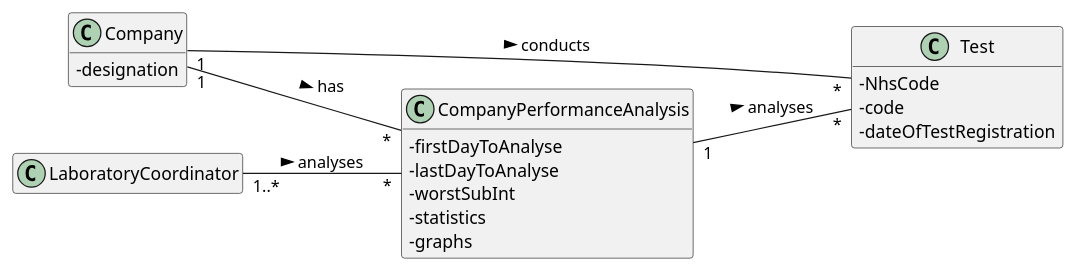
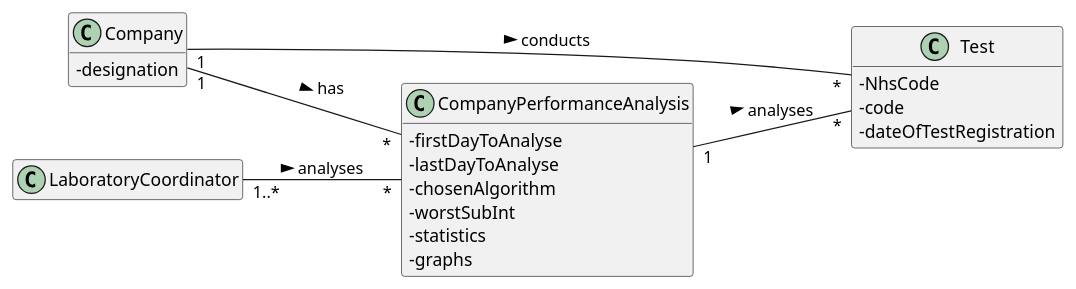
Before and after one commit to ana-albergaria/LAPR2-ISEP: the diagram in docs/SprintD/US_16/US16_DM.puml, drawn with PlantUML. The commit also changed 5 other files, not shown here.

```diff
--- a/docs/SprintD/US_16/US16_DM.puml
+++ b/docs/SprintD/US_16/US16_DM.puml
@@ -1,34 +1,35 @@
 @startuml
 
 skinparam classAttributeIconSize 0
 hide empty methods
 hide empty attributes
 left to right direction
 
 class Company{
 - designation
 }
 
 class Test{
 - NhsCode
 - code
 - dateOfTestRegistration
 }
 
 class LaboratoryCoordinator{
 }
 
 class CompanyPerformanceAnalysis{
 - firstDayToAnalyse
 - lastDayToAnalyse
+- chosenAlgorithm
 - worstSubInt
 - statistics
 - graphs
 }
 
 Company "1" -- "*" Test : conducts >
 LaboratoryCoordinator "1..*" -- "*" CompanyPerformanceAnalysis : analyses >
 Company "1" -- "*" CompanyPerformanceAnalysis : has >
 CompanyPerformanceAnalysis "1" -- "*" Test : analyses >
 
 @enduml
```
